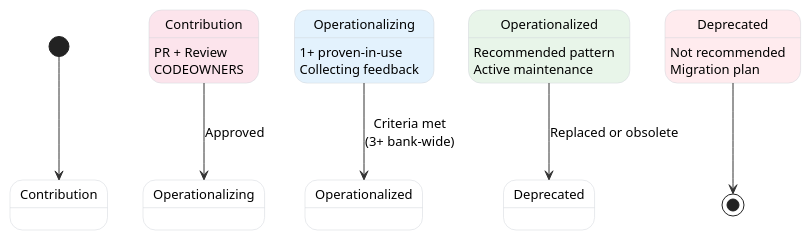
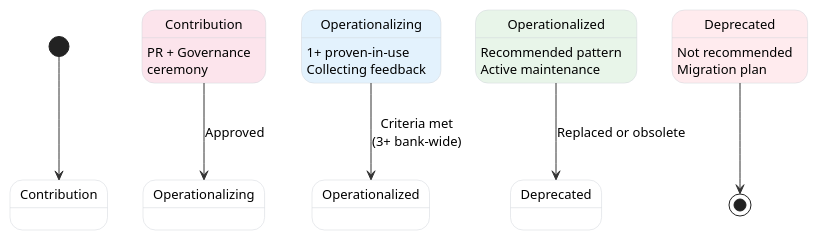
Before and after one commit to KiyaliHQ/proven-reusable-architecture: the fifth of 6 diagrams in content/pras/en/overview.adoc, drawn with PlantUML. The commit also changed other lines of this file and 2 other files, not shown here.

```diff
--- a/content/pras/en/overview.adoc
+++ b/content/pras/en/overview.adoc
@@ -234,32 +315,31 @@
 [plantuml]
 ----
 @startuml
 skinparam backgroundColor transparent
-skinparam defaultFontName "Segoe UI"
 skinparam defaultFontSize 13
 skinparam shadowing false
 skinparam ArrowColor #333333
 skinparam state {
   BackgroundColor #ffffff
   BorderColor #d1d5db
 }
 
 [*] --> Contribution
 
-state "Contribution" as contrib #fce4ec : PR + Review\nCODEOWNERS
+state "Contribution" as s1 #fce4ec : PR + Governance\nceremony
 
-contrib --> Operationalizing : Approved
+s1 --> Operationalizing : Approved
 
-state "Operationalizing" as op #e3f2fd : 1+ proven-in-use\nCollecting feedback
+state "Operationalizing" as s2 #e3f2fd : 1+ proven-in-use\nCollecting feedback
 
-op --> Operationalized : Criteria met\n(3+ bank-wide)
+s2 --> Operationalized : Criteria met\n(3+ bank-wide)
 
-state "Operationalized" as done #e8f5e9 : Recommended pattern\nActive maintenance
+state "Operationalized" as s3 #e8f5e9 : Recommended pattern\nActive maintenance
 
-done --> Deprecated : Replaced or obsolete
+s3 --> Deprecated : Replaced or obsolete
 
-state "Deprecated" as dep #ffebee : Not recommended\nMigration plan
+state "Deprecated" as s4 #ffebee : Not recommended\nMigration plan
 
-dep --> [*]
+s4 --> [*]
 @enduml
 ----
```
